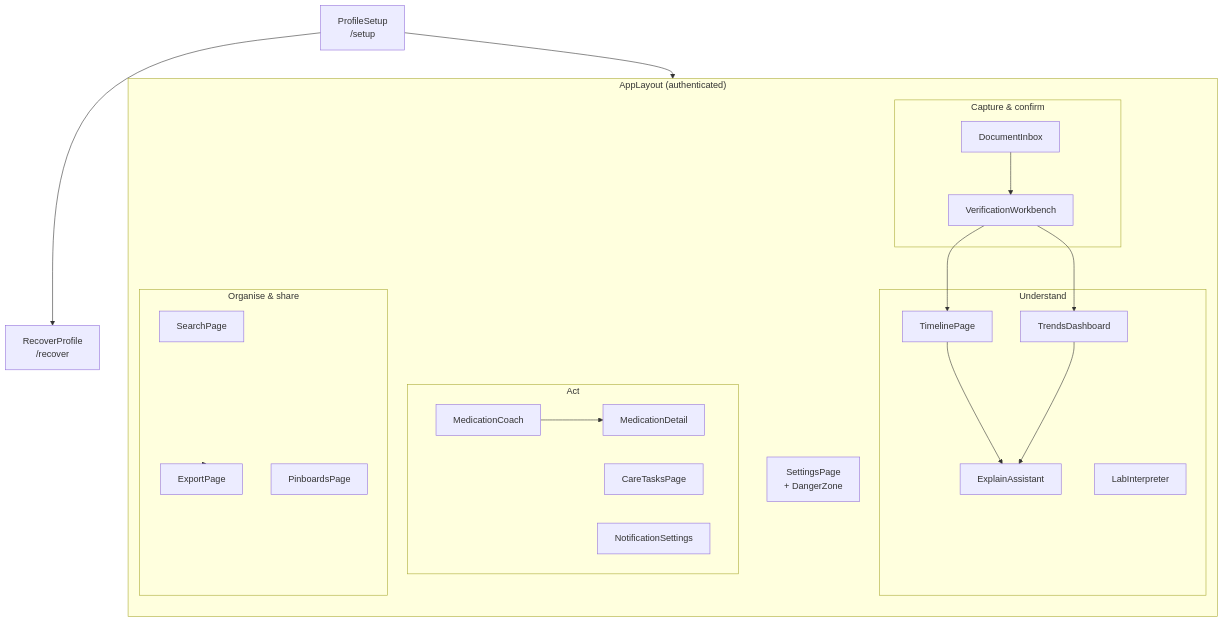
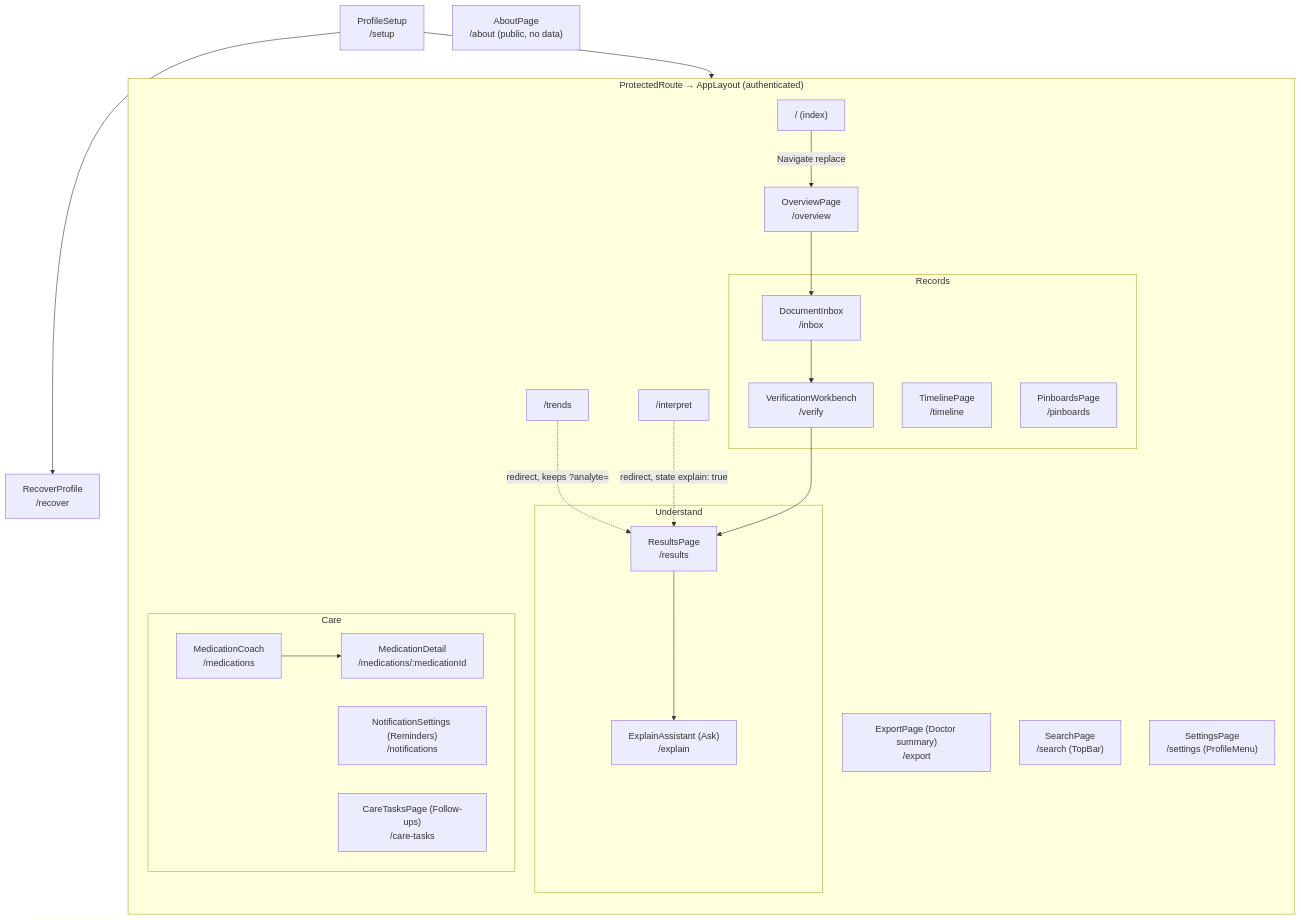
One commit to BrooklynD23/HealthCentral changed the first of 4 diagrams in docs/architecture/frontend.md. Above: the diagram before and after it, drawn with Mermaid. The commit also changed other lines of this file and 20 other files, not shown here.

````diff
--- a/docs/architecture/frontend.md
+++ b/docs/architecture/frontend.md
@@ -13,42 +17,41 @@
 ```mermaid
 flowchart TD
     SETUP["ProfileSetup<br/>/setup"] --> RECOVER["RecoverProfile<br/>/recover"]
+    ABOUT["AboutPage<br/>/about (public, no data)"]
     SETUP --> APP
 
-    subgraph APP["AppLayout (authenticated)"]
+    subgraph APP["ProtectedRoute → AppLayout (authenticated)"]
         direction TB
+        INDEX["/ (index)"] -->|"Navigate replace"| OVERVIEW["OverviewPage<br/>/overview"]
 
-        subgraph capture["Capture & confirm"]
-            INBOX["DocumentInbox"]
-            VERIFY["VerificationWorkbench"]
+        subgraph records["Records"]
+            INBOX["DocumentInbox<br/>/inbox"]
+            VERIFY["VerificationWorkbench<br/>/verify"]
+            TIMELINE["TimelinePage<br/>/timeline"]
+            PINS["PinboardsPage<br/>/pinboards"]
         end
 
         subgraph understand["Understand"]
-            TRENDS["TrendsDashboard"]
-            TIMELINE["TimelinePage"]
-            INTERP["LabInterpreter"]
-            EXPLAIN["ExplainAssistant"]
+            RESULTS["ResultsPage<br/>/results"]
+            EXPLAIN["ExplainAssistant (Ask)<br/>/explain"]
         end
 
-        subgraph act["Act"]
-            MEDS["MedicationCoach"]
-            MEDDET["MedicationDetail"]
-            TASKS["CareTasksPage"]
-            NOTIF["NotificationSettings"]
+        subgraph care["Care"]
+            MEDS["MedicationCoach<br/>/medications"]
+            MEDDET["MedicationDetail<br/>/medications/:medicationId"]
+            NOTIF["NotificationSettings (Reminders)<br/>/notifications"]
+            TASKS["CareTasksPage (Follow-ups)<br/>/care-tasks"]
         end
 
-        subgraph organise["Organise & share"]
-            SEARCH["SearchPage"]
-            PINS["PinboardsPage"]
-            EXPORT["ExportPage"]
-        end
+        EXPORT["ExportPage (Doctor summary)<br/>/export"]
+        SEARCH["SearchPage<br/>/search (TopBar)"]
+        SETTINGS["SettingsPage<br/>/settings (ProfileMenu)"]
 
-        SETTINGS["SettingsPage<br/>+ DangerZone"]
+        TRENDS["/trends"] -.->|"redirect, keeps ?analyte="| RESULTS
+        INTERP["/interpret"] -.->|"redirect, state explain: true"| RESULTS
     end
 
-    INBOX --> VERIFY --> TRENDS
-    VERIFY --> TIMELINE
+    OVERVIEW --> INBOX --> VERIFY --> RESULTS
+    RESULTS --> EXPLAIN
     MEDS --> MEDDET
-    TIMELINE & TRENDS --> EXPLAIN
-    organise --> EXPORT
 ```
````
